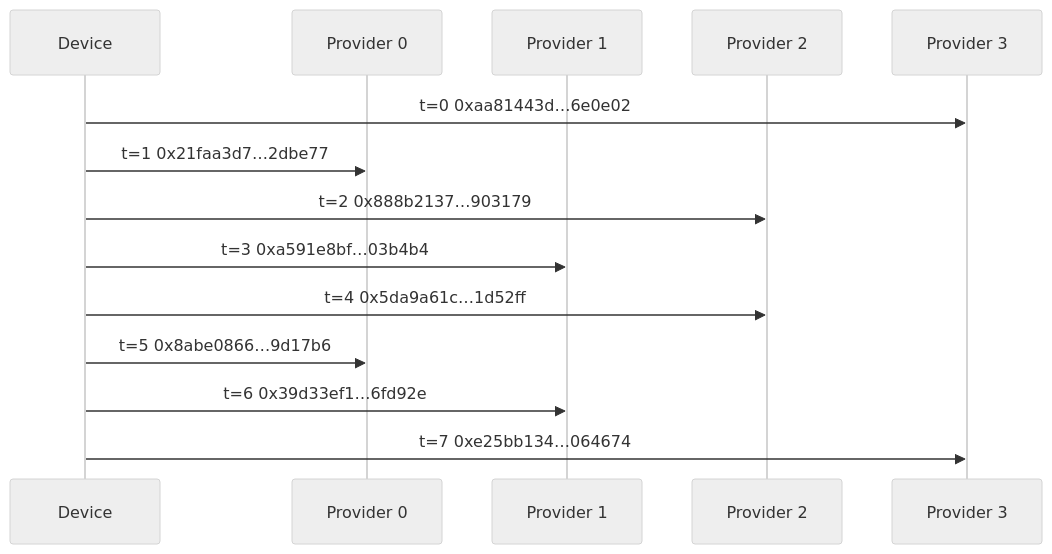
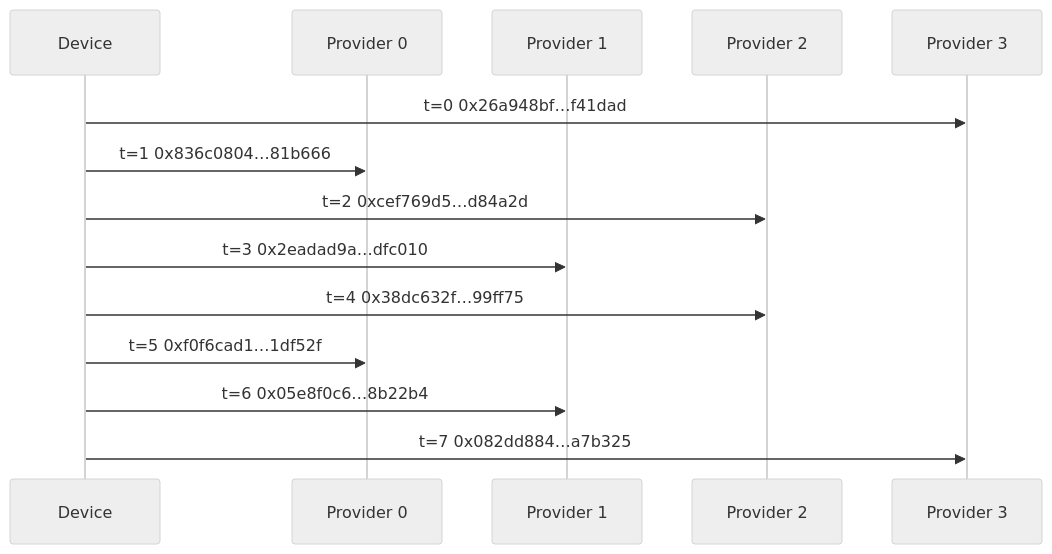
Before and after one commit to cekkr/phaselane-algorithm: diagram 11 of 12 in papers/main-paper.md, drawn with Mermaid. The commit also changed other lines of this file and 3 other files, not shown here.

````diff
--- a/papers/main-paper.md
+++ b/papers/main-paper.md
@@ -899,18 +901,18 @@
 ```mermaid
 %%{init: {"theme":"neutral"} }%%
 sequenceDiagram
   participant D as Device
   participant P0 as Provider 0
   participant P1 as Provider 1
   participant P2 as Provider 2
   participant P3 as Provider 3
 
-  D->>P3: t=0  0xaa81443d…6e0e02
-  D->>P0: t=1  0x21faa3d7…2dbe77
-  D->>P2: t=2  0x888b2137…903179
-  D->>P1: t=3  0xa591e8bf…03b4b4
-  D->>P2: t=4  0x5da9a61c…1d52ff
-  D->>P0: t=5  0x8abe0866…9d17b6
-  D->>P1: t=6  0x39d33ef1…6fd92e
-  D->>P3: t=7  0xe25bb134…064674
+  D->>P3: t=0  0x26a948bf…f41dad
+  D->>P0: t=1  0x836c0804…81b666
+  D->>P2: t=2  0xcef769d5…d84a2d
+  D->>P1: t=3  0x2eadad9a…dfc010
+  D->>P2: t=4  0x38dc632f…99ff75
+  D->>P0: t=5  0xf0f6cad1…1df52f
+  D->>P1: t=6  0x05e8f0c6…8b22b4
+  D->>P3: t=7  0x082dd884…a7b325
 ```
````
